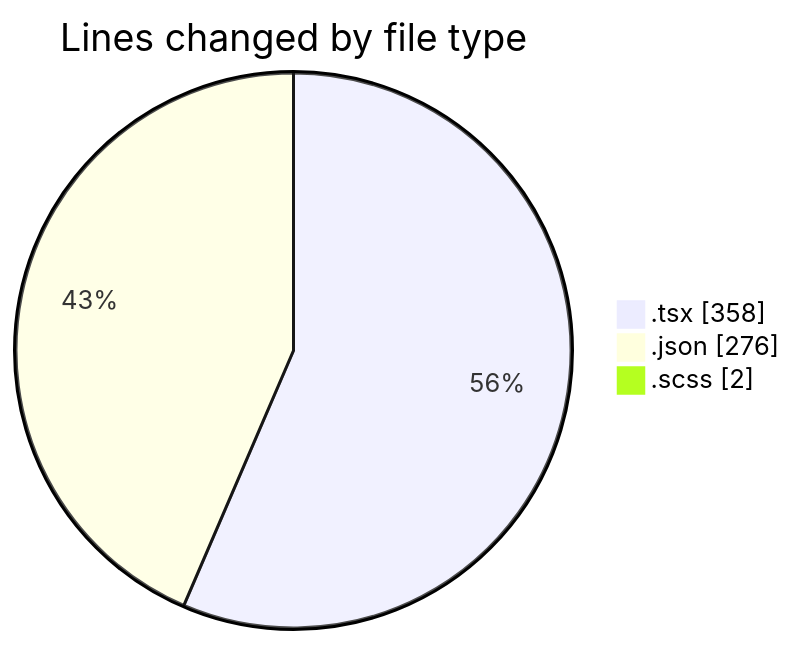
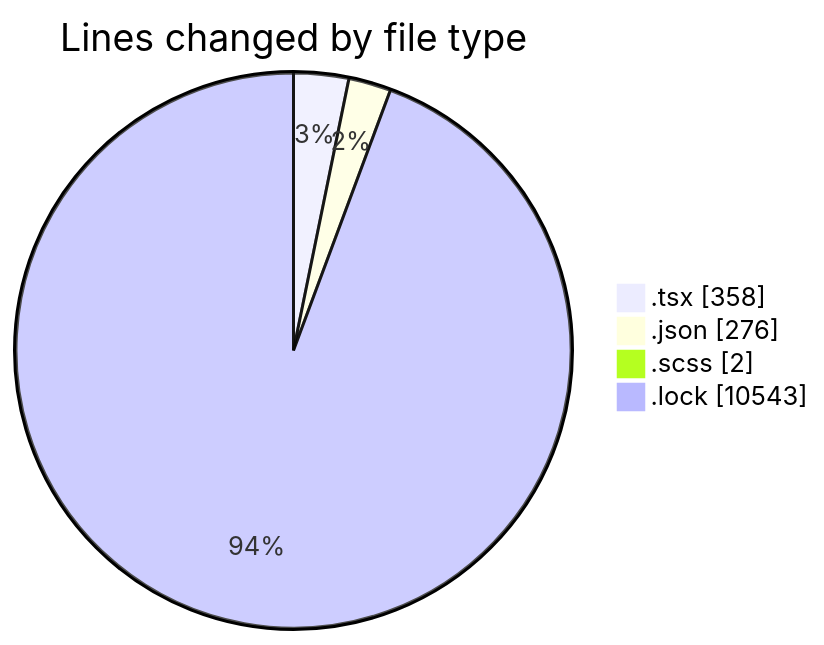
Before and after one commit to momahboobian/code-tracking: the first of 2 diagrams in 2026-05-13/cda/README.md, drawn with Mermaid. The commit also changed other lines of this file and 1 other file, not shown here.

````diff
--- a/2026-05-13/cda/README.md
+++ b/2026-05-13/cda/README.md
@@ -25,7 +26,8 @@
 ```mermaid
 pie showData
 title Lines changed by file type
 ".tsx" : 358
 ".json" : 276
 ".scss" : 2
+".lock" : 10543
 ```
````
